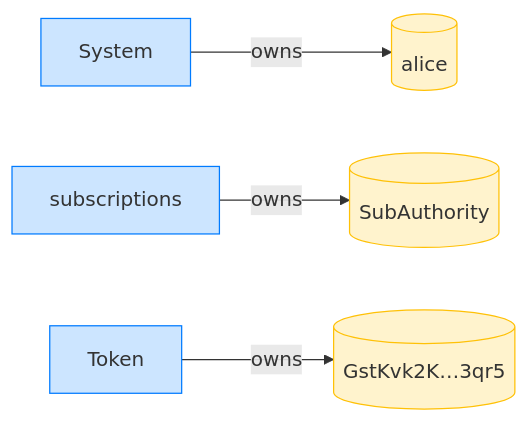
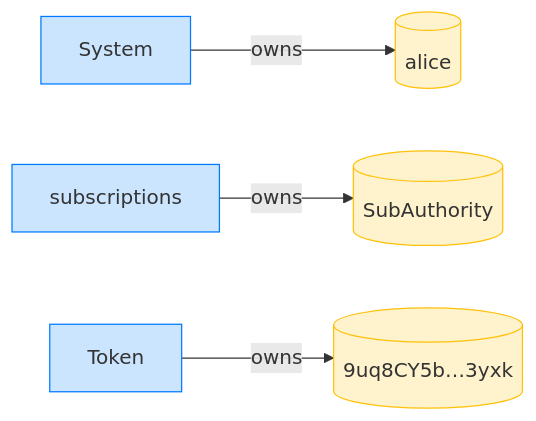
The fourth of 20 diagrams in dsl_tests/resume-a-subscription--happy-path-.md (cds-rs/subscriptions), drawn with Mermaid before and after one commit. The commit also changed other lines of this file and 224 other files, not shown here.

````diff
--- a/dsl_tests/resume-a-subscription--happy-path-.md
+++ b/dsl_tests/resume-a-subscription--happy-path-.md
@@ -73,14 +78,14 @@
 ```mermaid
 flowchart LR
     classDef owner fill:#cce5ff,stroke:#007bff;
     classDef account fill:#fff3cd,stroke:#ffc107;
     System[System]:::owner
     alice[(alice)]:::account
     subscriptions[subscriptions]:::owner
     SubAuthority[(SubAuthority)]:::account
     Token[Token]:::owner
-    GstKvk2K_3qr5[("GstKvk2K…3qr5")]:::account
+    9uq8CY5b_3yxk[("9uq8CY5b…3yxk")]:::account
     System -->|owns| alice
     subscriptions -->|owns| SubAuthority
-    Token -->|owns| GstKvk2K_3qr5
+    Token -->|owns| 9uq8CY5b_3yxk
 ```
````
